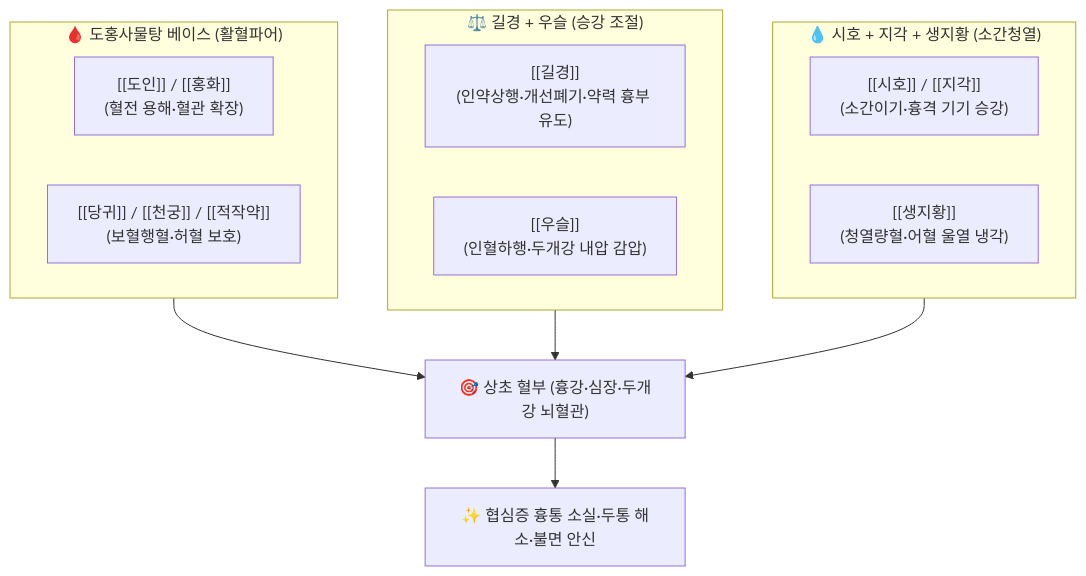
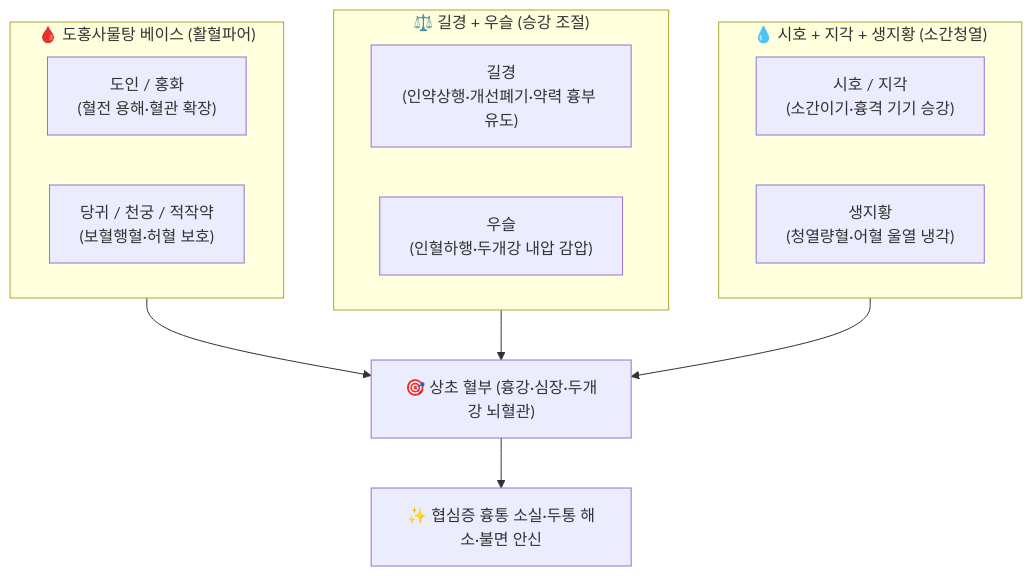
The diagram in content/2. 약리 공부/처방/05_활혈거어·지혈제/혈부축어탕.md (simbio11/simbio-digital-garden2), drawn with Mermaid before and after one commit. The commit also changed other lines of this file and 105 other files, not shown here.

````diff
--- a/content/2. 약리 공부/처방/05_활혈거어·지혈제/혈부축어탕.md
+++ b/content/2. 약리 공부/처방/05_활혈거어·지혈제/혈부축어탕.md
@@ -73,22 +74,22 @@
 ```mermaid
 graph TD
     subgraph Blood["🩸 도홍사물탕 베이스 (활혈파어)"]
-        B1["[[도인]] / [[홍화]]<br>(혈전 용해·혈관 확장)"]
-        B2["[[당귀]] / [[천궁]] / [[적작약]]<br>(보혈행혈·허혈 보호)"]
+        B1["도인 / 홍화<br>(혈전 용해·혈관 확장)"]
+        B2["당귀 / 천궁 / 적작약<br>(보혈행혈·허혈 보호)"]
     end
 
     subgraph Dynamic["⚖️ 길경 + 우슬 (승강 조절)"]
-        D1["[[길경]]<br>(인약상행·개선폐기·약력 흉부 유도)"]
-        D2["[[우슬]]<br>(인혈하행·두개강 내압 감압)"]
+        D1["길경<br>(인약상행·개선폐기·약력 흉부 유도)"]
+        D2["우슬<br>(인혈하행·두개강 내압 감압)"]
     end
 
     subgraph QiCool["💧 시호 + 지각 + 생지황 (소간청열)"]
-        Q1["[[시호]] / [[지각]]<br>(소간이기·흉격 기기 승강)"]
-        Q2["[[생지황]]<br>(청열량혈·어혈 울열 냉각)"]
+        Q1["시호 / 지각<br>(소간이기·흉격 기기 승강)"]
+        Q2["생지황<br>(청열량혈·어혈 울열 냉각)"]
     end
 
     Blood --> Target["🎯 상초 혈부 (흉강·심장·두개강 뇌혈관)"]
     Dynamic --> Target
     QiCool --> Target
     Target --> Outcome["✨ 협심증 흉통 소실·두통 해소·불면 안신"]
 ```
````
